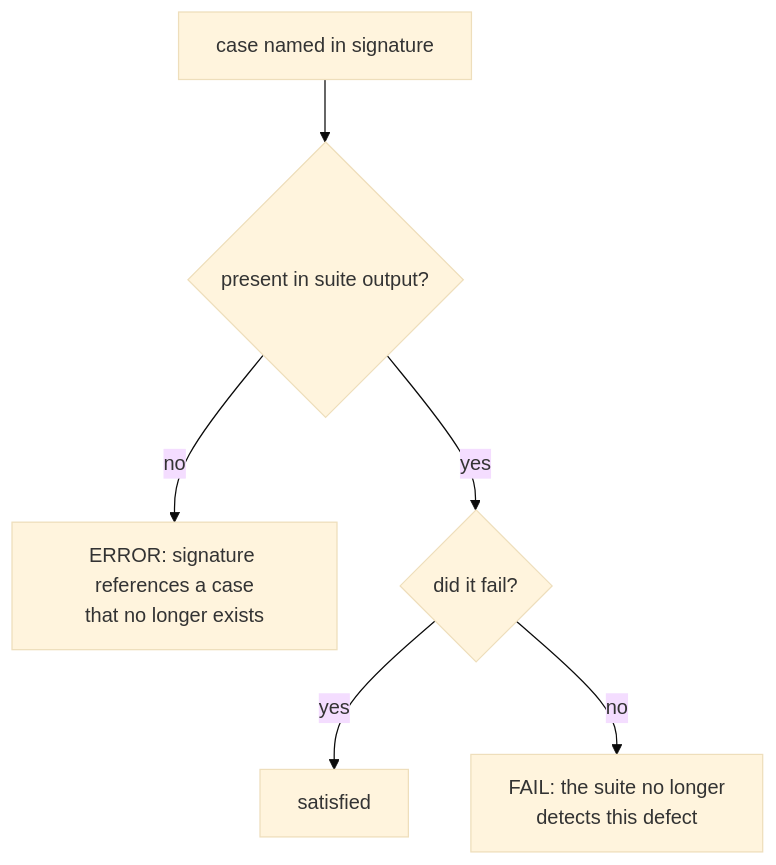
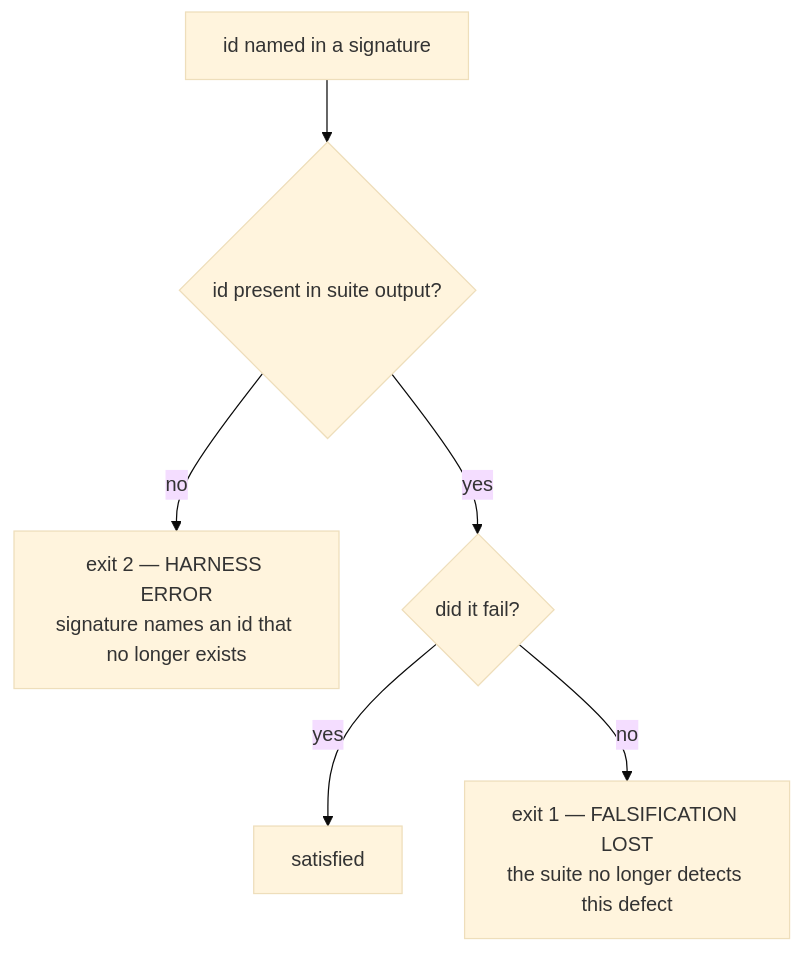
One commit to suyatdev/.claude changed the diagram in docs/features/falsify-harness-signatures.md. Above: the diagram before and after it, drawn with Mermaid (base theme). The commit also changed other lines of this file, not shown here.

````diff
--- a/docs/features/falsify-harness-signatures.md
+++ b/docs/features/falsify-harness-signatures.md
@@ -105,8 +129,8 @@
 ```mermaid
 flowchart TD
-    A[case named in signature] --> B{present in suite output?}
-    B -->|no| E[ERROR: signature references a case<br/>that no longer exists]
+    A[id named in a signature] --> B{id present in suite output?}
+    B -->|no| E["exit 2 — HARNESS ERROR<br/>signature names an id that no longer exists"]
     B -->|yes| C{did it fail?}
     C -->|yes| P[satisfied]
-    C -->|no| F[FAIL: the suite no longer<br/>detects this defect]
+    C -->|no| F["exit 1 — FALSIFICATION LOST<br/>the suite no longer detects this defect"]
 ```
````
